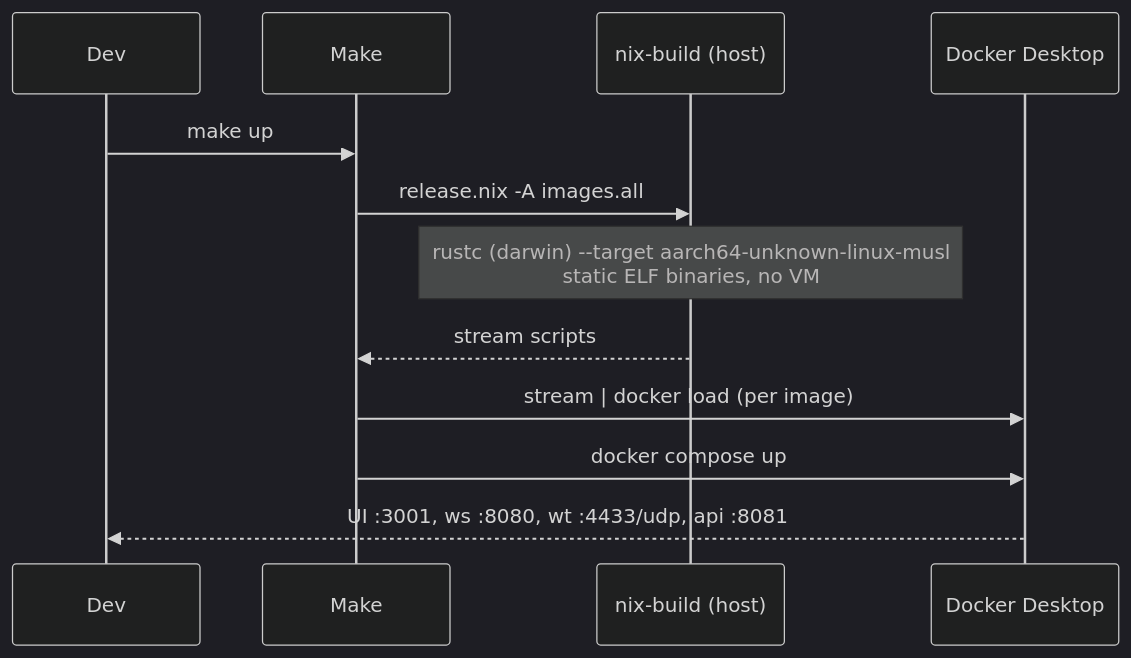
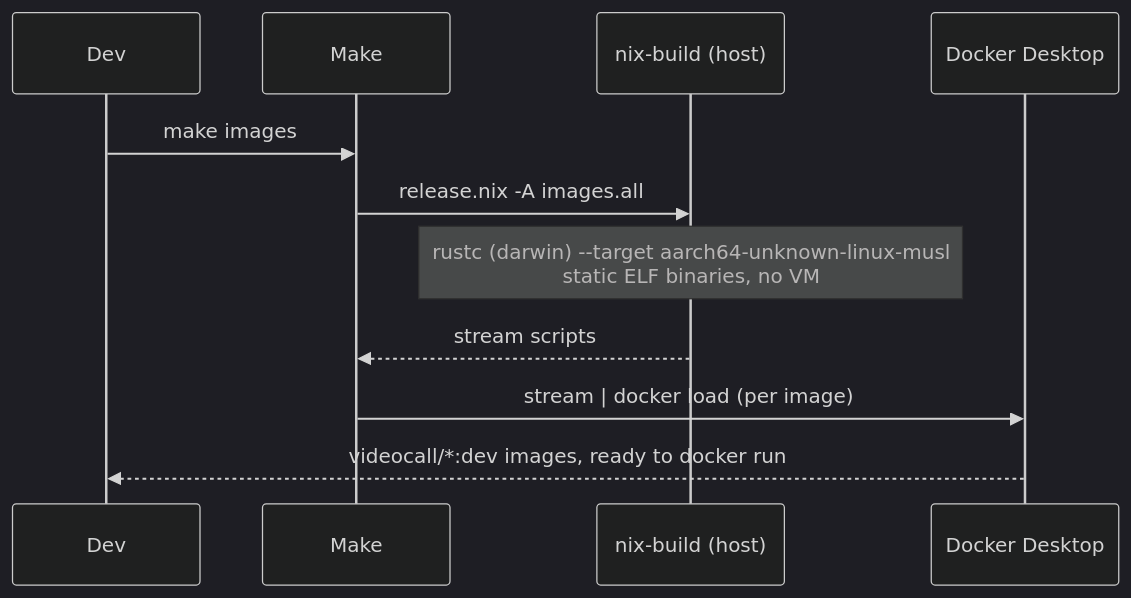
Before and after one commit to security-union/videocall-rs: the second of 2 diagrams in docs/nix-architecture.md, drawn with Mermaid (dark theme). The commit also changed other lines of this file and 20 other files, not shown here.

First line of the commit message:
purge docker infra: no compose, no make up/down, docker/ is gone

````diff
--- a/docs/nix-architecture.md
+++ b/docs/nix-architecture.md
@@ -197,14 +197,13 @@
 ```mermaid
 sequenceDiagram
     participant Dev
     participant Make
     participant Nix as nix-build (host)
     participant Docker as Docker Desktop
-    Dev->>Make: make up
+    Dev->>Make: make images
     Make->>Nix: release.nix -A images.all
     Note over Nix: rustc (darwin) --target aarch64-unknown-linux-musl<br/>static ELF binaries, no VM
     Nix-->>Make: stream scripts
     Make->>Docker: stream | docker load  (per image)
-    Make->>Docker: docker compose up
-    Docker-->>Dev: UI :3001, ws :8080, wt :4433/udp, api :8081
+    Docker-->>Dev: videocall/*:dev images, ready to docker run
 ```
````
